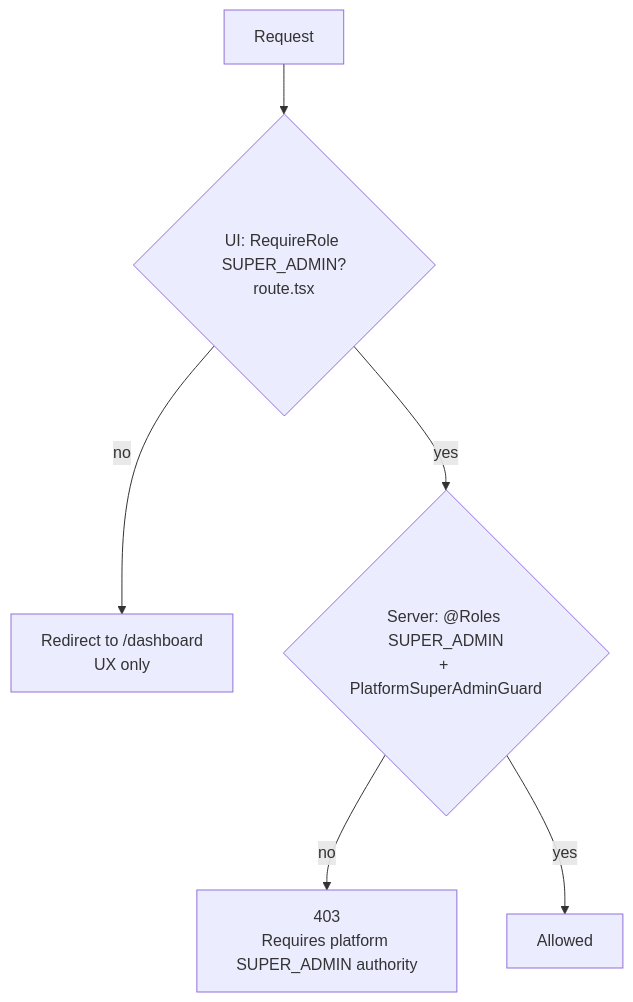
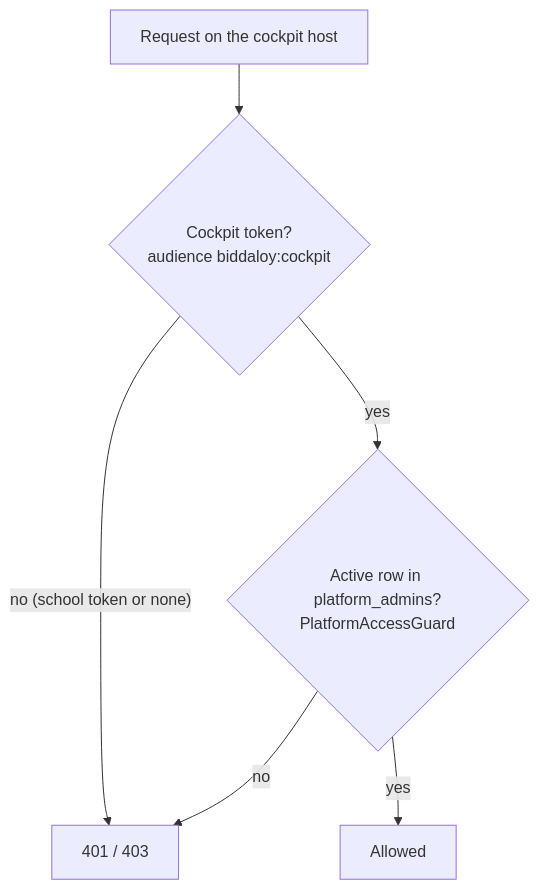
One commit to tareq89/biddaloy changed the second of 5 diagrams in docs/documentation/platform-guide.md. Above: the diagram before and after it, drawn with Mermaid. The commit also changed other lines of this file and 5 other files, not shown here.

Commit message:
fix: address CodeRabbit review (trailing idle renewal, down() under the audit trigger, platform guide authority text, byte-limit submit test) (98 #4075 #4070 #3770 #4068)

````diff
--- a/docs/documentation/platform-guide.md
+++ b/docs/documentation/platform-guide.md
@@ -46,8 +46,8 @@
 ```mermaid
 flowchart TD
-  U[Request] --> UI{UI: RequireRole SUPER_ADMIN?<br/>route.tsx}
-  UI -- no --> R[Redirect to /dashboard<br/>UX only]
-  UI -- yes --> API{Server: @Roles SUPER_ADMIN<br/>+ PlatformSuperAdminGuard}
-  API -- no --> F[403<br/>Requires platform SUPER_ADMIN authority]
-  API -- yes --> OK[Allowed]
+  U[Request on the cockpit host] --> T{Cockpit token?<br/>audience biddaloy:cockpit}
+  T -- "no (school token or none)" --> F[401 / 403]
+  T -- yes --> O{Active row in platform_admins?<br/>PlatformAccessGuard}
+  O -- no --> F
+  O -- yes --> OK[Allowed]
 ```
````
